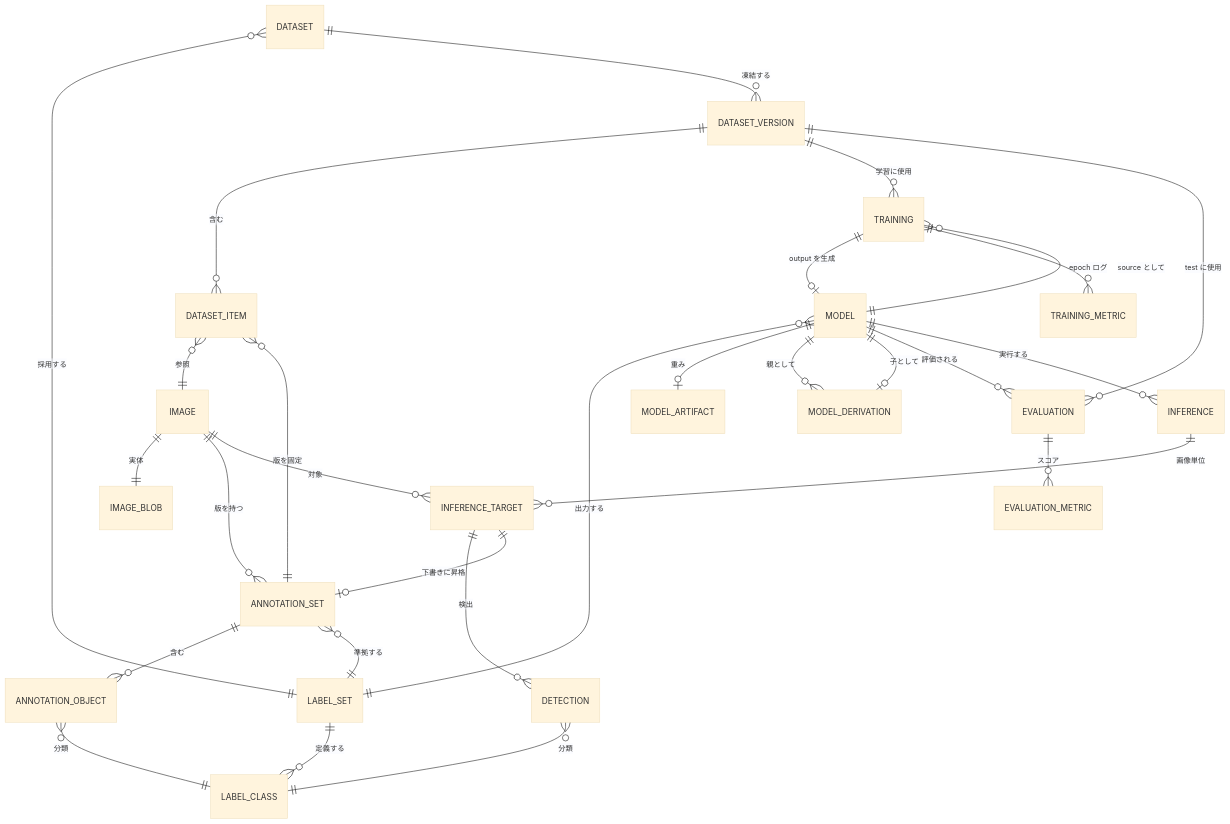
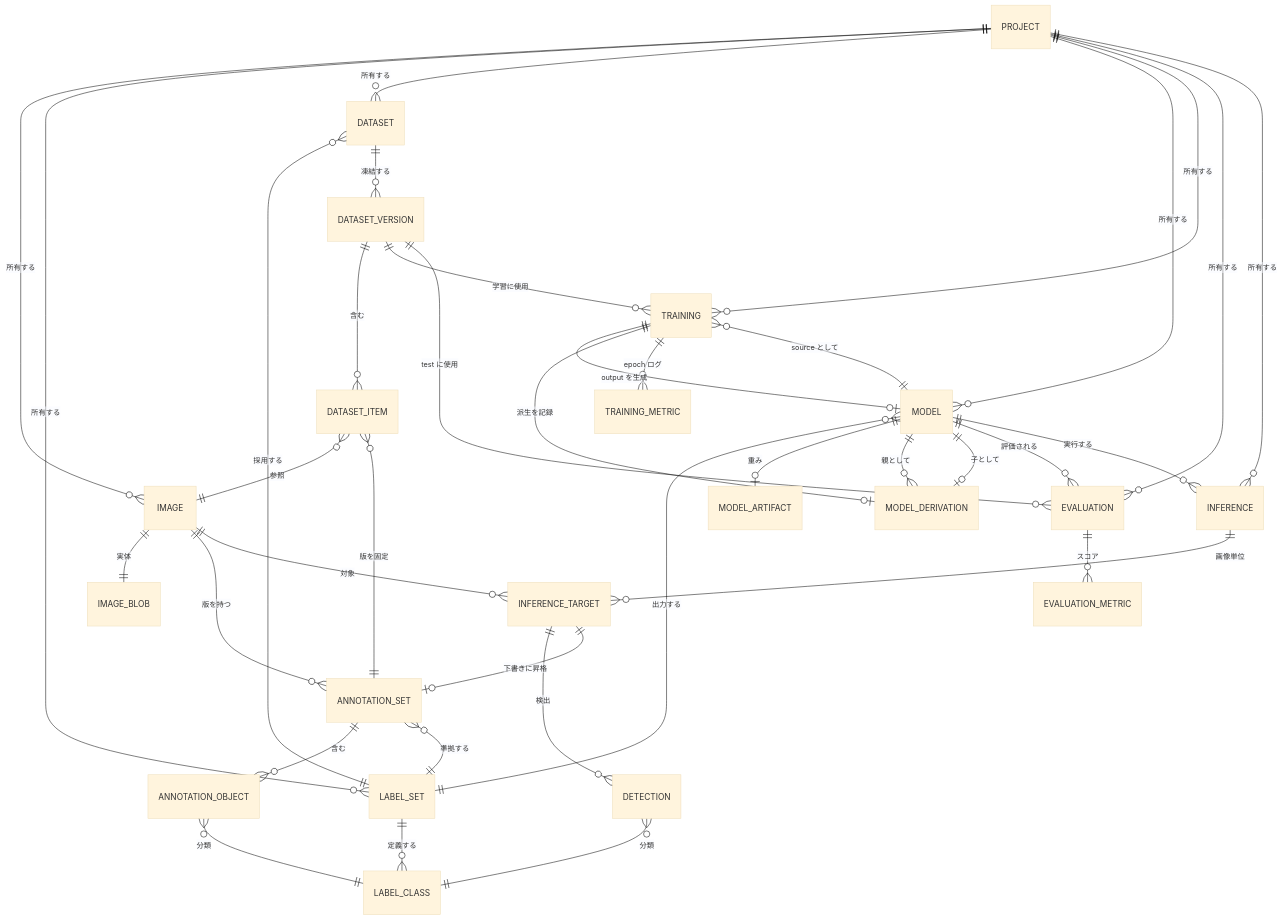
One commit to Tosei-sudo/browser-ai-framework changed the first of 2 diagrams in docs/design/01-conceptual-er-model.md. Above: the diagram before and after it, drawn with Mermaid (base theme). The commit also changed other lines of this file and 1 other file, not shown here.

````diff
--- a/docs/design/01-conceptual-er-model.md
+++ b/docs/design/01-conceptual-er-model.md
@@ -383,36 +477,45 @@
 ```mermaid
 erDiagram
+  PROJECT         ||--o{ IMAGE             : "所有する"
+  PROJECT         ||--o{ LABEL_SET         : "所有する"
+  PROJECT         ||--o{ DATASET           : "所有する"
+  PROJECT         ||--o{ MODEL             : "所有する"
+  PROJECT         ||--o{ TRAINING          : "所有する"
+  PROJECT         ||--o{ EVALUATION        : "所有する"
+  PROJECT         ||--o{ INFERENCE         : "所有する"
+
   LABEL_SET       ||--o{ LABEL_CLASS       : "定義する"
   IMAGE           ||--|| IMAGE_BLOB        : "実体"
   IMAGE           ||--o{ ANNOTATION_SET    : "版を持つ"
   ANNOTATION_SET  ||--o{ ANNOTATION_OBJECT : "含む"
   ANNOTATION_SET  }o--|| LABEL_SET         : "準拠する"
   ANNOTATION_OBJECT }o--|| LABEL_CLASS     : "分類"
 
   DATASET         }o--|| LABEL_SET         : "採用する"
   DATASET         ||--o{ DATASET_VERSION   : "凍結する"
   DATASET_VERSION ||--o{ DATASET_ITEM      : "含む"
   DATASET_ITEM    }o--|| IMAGE             : "参照"
   DATASET_ITEM    }o--|| ANNOTATION_SET    : "版を固定"
 
   MODEL           }o--|| LABEL_SET         : "出力する"
   MODEL           ||--o| MODEL_ARTIFACT    : "重み"
   MODEL           ||--o{ MODEL_DERIVATION  : "親として"
   MODEL           ||--o| MODEL_DERIVATION  : "子として"
 
   MODEL           ||--o{ TRAINING          : "source として"
   DATASET_VERSION ||--o{ TRAINING          : "学習に使用"
   TRAINING        ||--o| MODEL             : "output を生成"
+  TRAINING        ||--o| MODEL_DERIVATION  : "派生を記録"
   TRAINING        ||--o{ TRAINING_METRIC   : "epoch ログ"
 
   MODEL           ||--o{ EVALUATION        : "評価される"
   DATASET_VERSION ||--o{ EVALUATION        : "test に使用"
   EVALUATION      ||--o{ EVALUATION_METRIC : "スコア"
 
   MODEL           ||--o{ INFERENCE         : "実行する"
   INFERENCE       ||--o{ INFERENCE_TARGET  : "画像単位"
   IMAGE           ||--o{ INFERENCE_TARGET  : "対象"
   INFERENCE_TARGET ||--o{ DETECTION        : "検出"
   DETECTION       }o--|| LABEL_CLASS       : "分類"
   INFERENCE_TARGET ||--o| ANNOTATION_SET   : "下書きに昇格"
 ```
````
